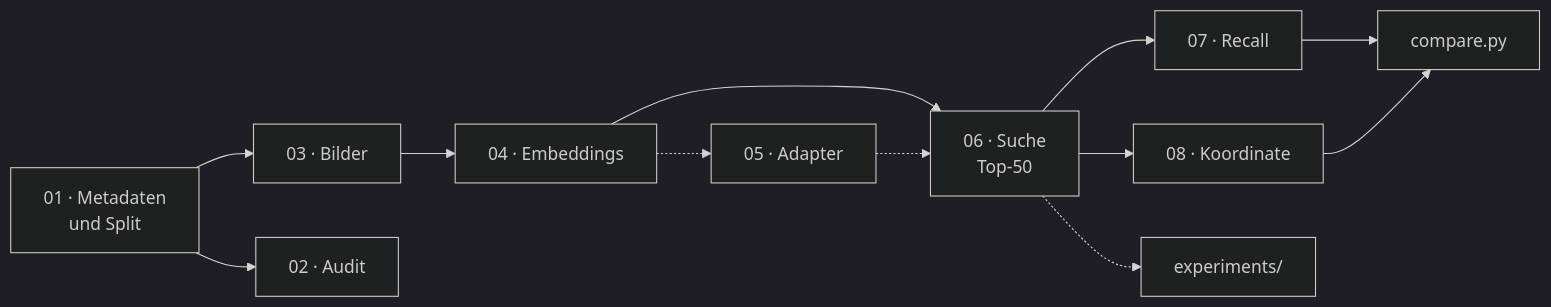
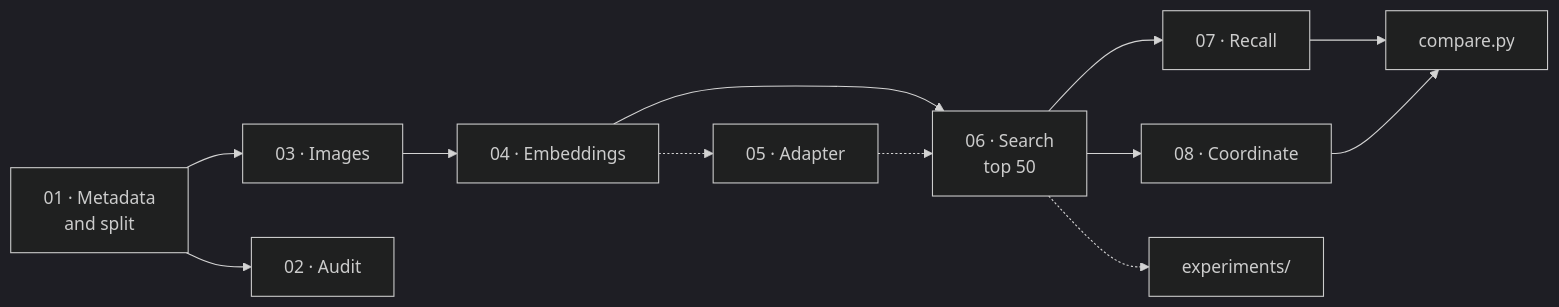
One commit to nbomers/VisualPlaceRecognition changed the diagram in README.md. Above: the diagram before and after it, drawn with Mermaid (dark theme). The commit also changed other lines of this file and 5 other files, not shown here.

````diff
--- a/README.md
+++ b/README.md
@@ -220,14 +227,14 @@
 ```mermaid
 flowchart LR
-    A[01 · Metadaten<br/>und Split] --> B[03 · Bilder]
+    A[01 · Metadata<br/>and split] --> B[03 · Images]
     B --> C[04 · Embeddings]
-    C --> D[06 · Suche<br/>Top-50]
+    C --> D[06 · Search<br/>top 50]
     C -.-> H[05 · Adapter]
     H -.-> D
     D --> E[07 · Recall]
-    D --> F[08 · Koordinate]
+    D --> F[08 · Coordinate]
     E --> G[compare.py]
     F --> G
     A --> I[02 · Audit]
     D -.-> X[experiments/]
 ```
````
